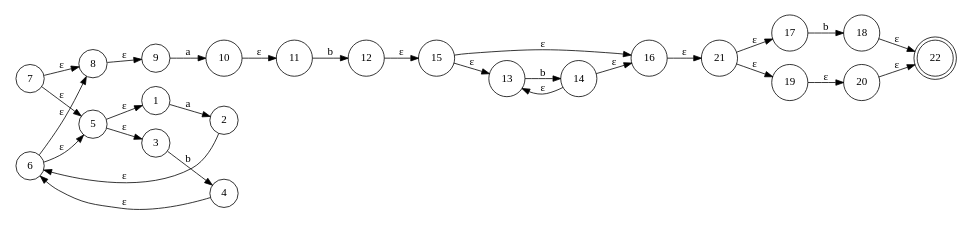
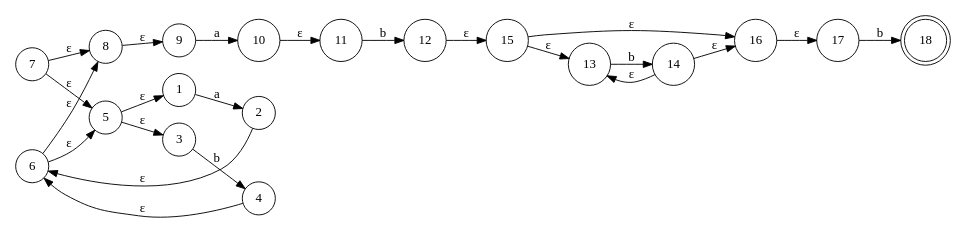
Before and after one commit to DaronP/Proyecto_Automatas: the diagram in proyecto1/thomson.gv, drawn with Graphviz. The commit also changed 3 other files, not shown here.

```diff
--- a/proyecto1/thomson.gv
+++ b/proyecto1/thomson.gv
@@ -1,33 +1,28 @@
 digraph finite_state_machine {
 	rankdir=LR size="8,5"
 	node [shape=doublecircle]
-	22
+	18
 	node [shape=circle]
 	1 -> 2 [label=a]
 	2 -> 6 [label="ε"]
 	3 -> 4 [label=b]
 	4 -> 6 [label="ε"]
 	5 -> 1 [label="ε"]
 	5 -> 3 [label="ε"]
 	6 -> 5 [label="ε"]
 	6 -> 8 [label="ε"]
 	7 -> 5 [label="ε"]
 	7 -> 8 [label="ε"]
 	8 -> 9 [label="ε"]
 	9 -> 10 [label=a]
 	10 -> 11 [label="ε"]
 	11 -> 12 [label=b]
 	12 -> 15 [label="ε"]
 	13 -> 14 [label=b]
 	14 -> 13 [label="ε"]
 	14 -> 16 [label="ε"]
 	15 -> 13 [label="ε"]
 	15 -> 16 [label="ε"]
-	16 -> 21 [label="ε"]
+	16 -> 17 [label="ε"]
 	17 -> 18 [label=b]
-	18 -> 22 [label="ε"]
-	19 -> 20 [label="ε"]
-	20 -> 22 [label="ε"]
-	21 -> 17 [label="ε"]
-	21 -> 19 [label="ε"]
 }
```
